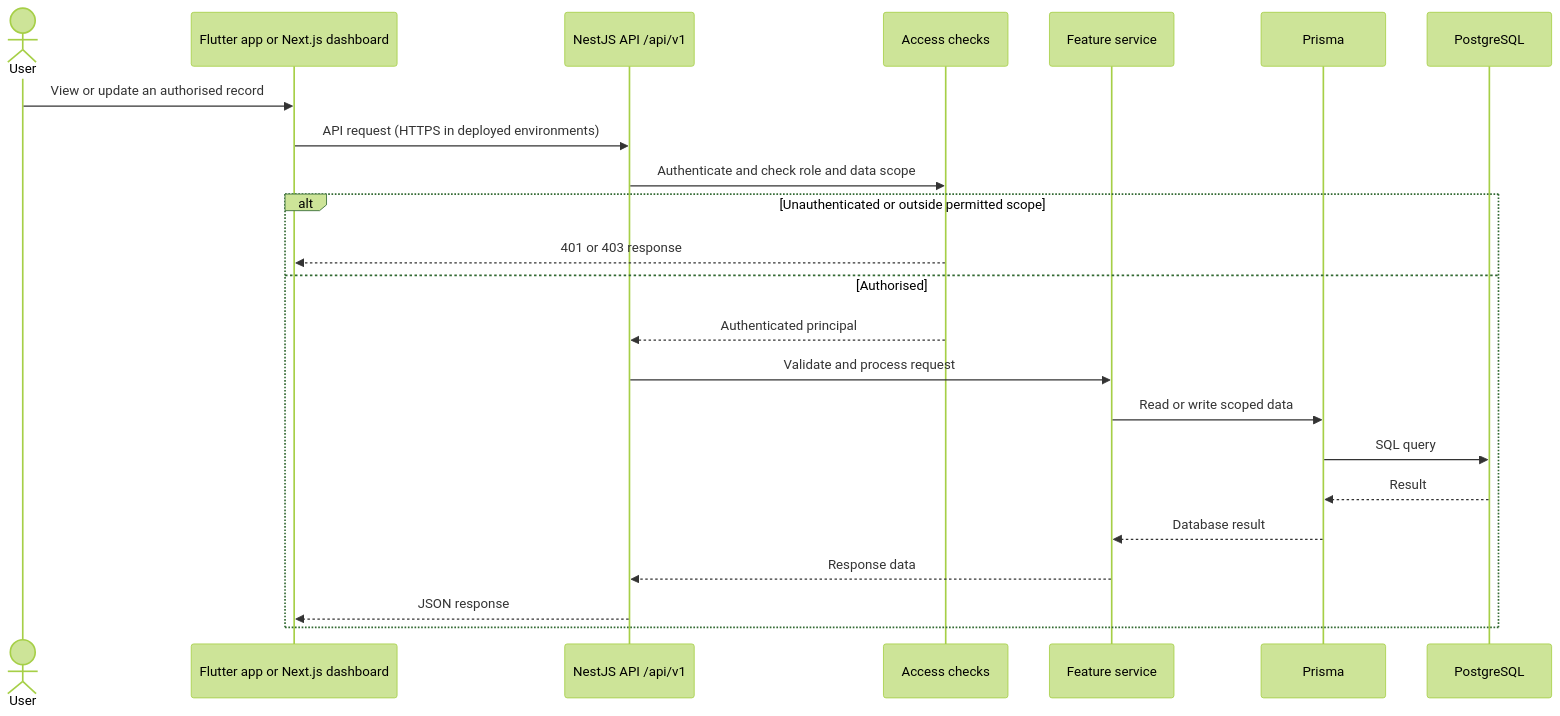
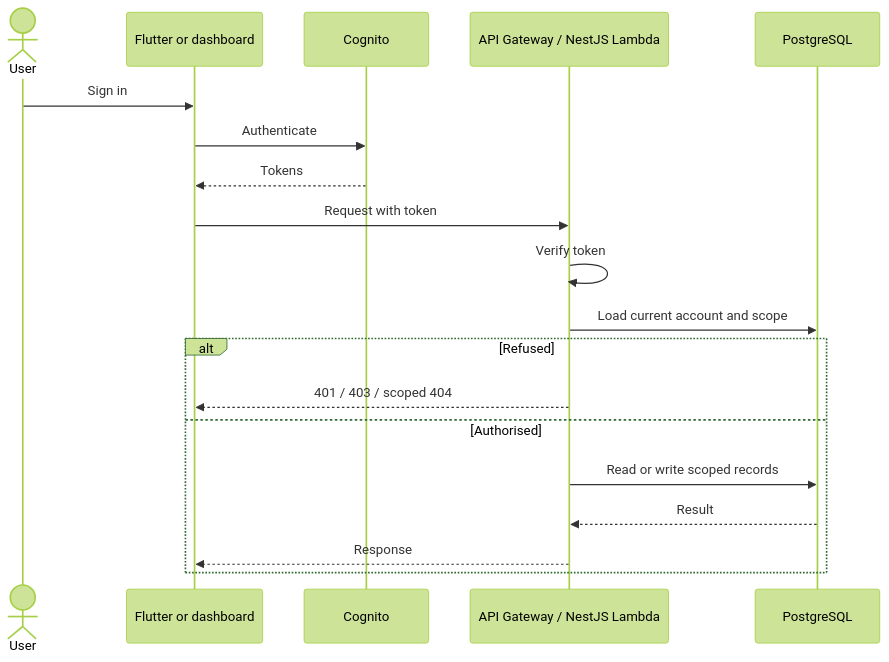
The second of 2 diagrams in README.md (sarvodaya-connect/sarvodaya-connect), drawn with Mermaid (forest theme) before and after one commit. The commit also changed other lines of this file and 4 other files, not shown here.

Commit message:
docs: refresh README, architecture figures and current database ERD

````diff
--- a/README.md
+++ b/README.md
@@ -382,26 +294,21 @@
 ```mermaid
 sequenceDiagram
     actor User
-    participant Client as Flutter app or Next.js dashboard
-    participant API as NestJS API /api/v1
-    participant Guard as Access checks
-    participant Service as Feature service
-    participant Prisma
+    participant Client as Flutter or dashboard
+    participant Cognito
+    participant API as API Gateway / NestJS Lambda
     participant DB as PostgreSQL
-
-    User->>Client: View or update an authorised record
-    Client->>API: API request (HTTPS in deployed environments)
-    API->>Guard: Authenticate and check role and data scope
-    alt Unauthenticated or outside permitted scope
-        Guard-->>Client: 401 or 403 response
+    User->>Client: Sign in
+    Client->>Cognito: Authenticate
+    Cognito-->>Client: Tokens
+    Client->>API: Request with token
+    API->>API: Verify token
+    API->>DB: Load current account and scope
+    alt Refused
+        API-->>Client: 401 / 403 / scoped 404
     else Authorised
-        Guard-->>API: Authenticated principal
-        API->>Service: Validate and process request
-        Service->>Prisma: Read or write scoped data
-        Prisma->>DB: SQL query
-        DB-->>Prisma: Result
-        Prisma-->>Service: Database result
-        Service-->>API: Response data
-        API-->>Client: JSON response
+        API->>DB: Read or write scoped records
+        DB-->>API: Result
+        API-->>Client: Response
     end
 ```
````
